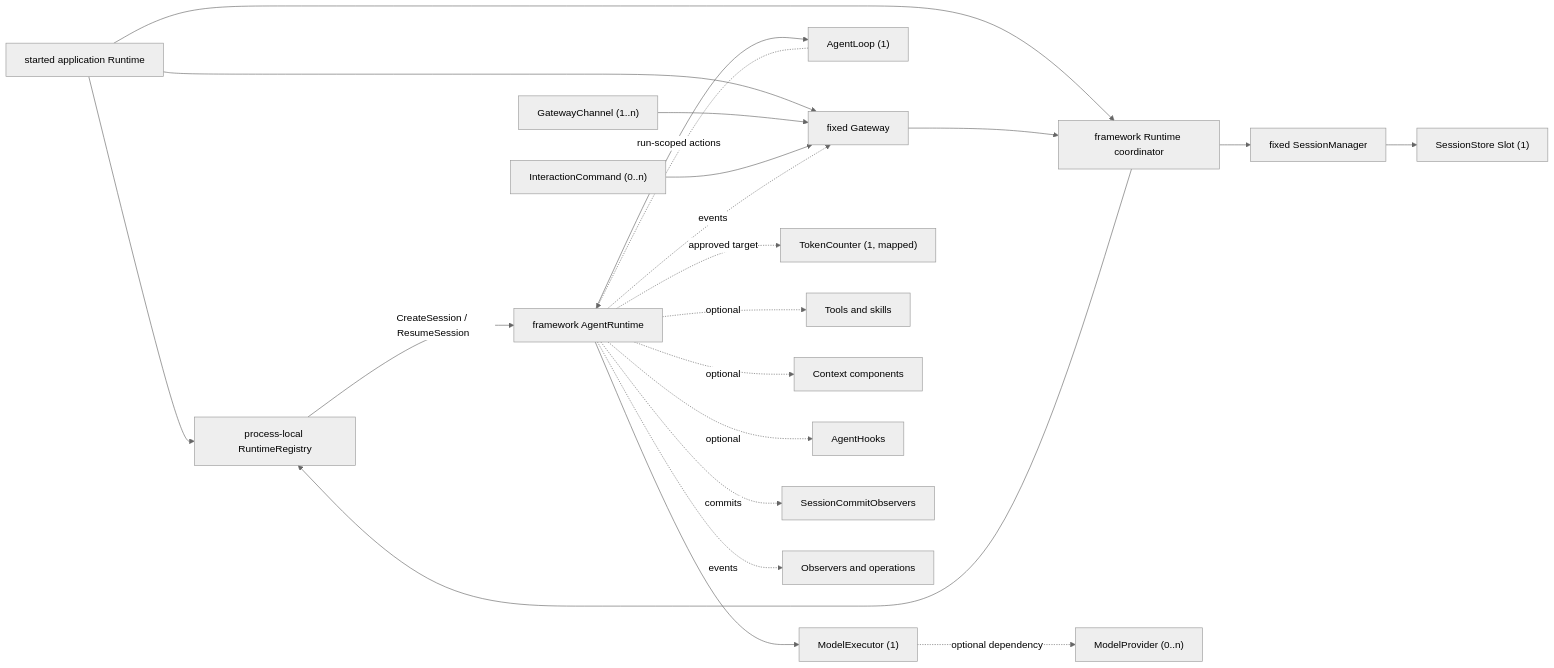
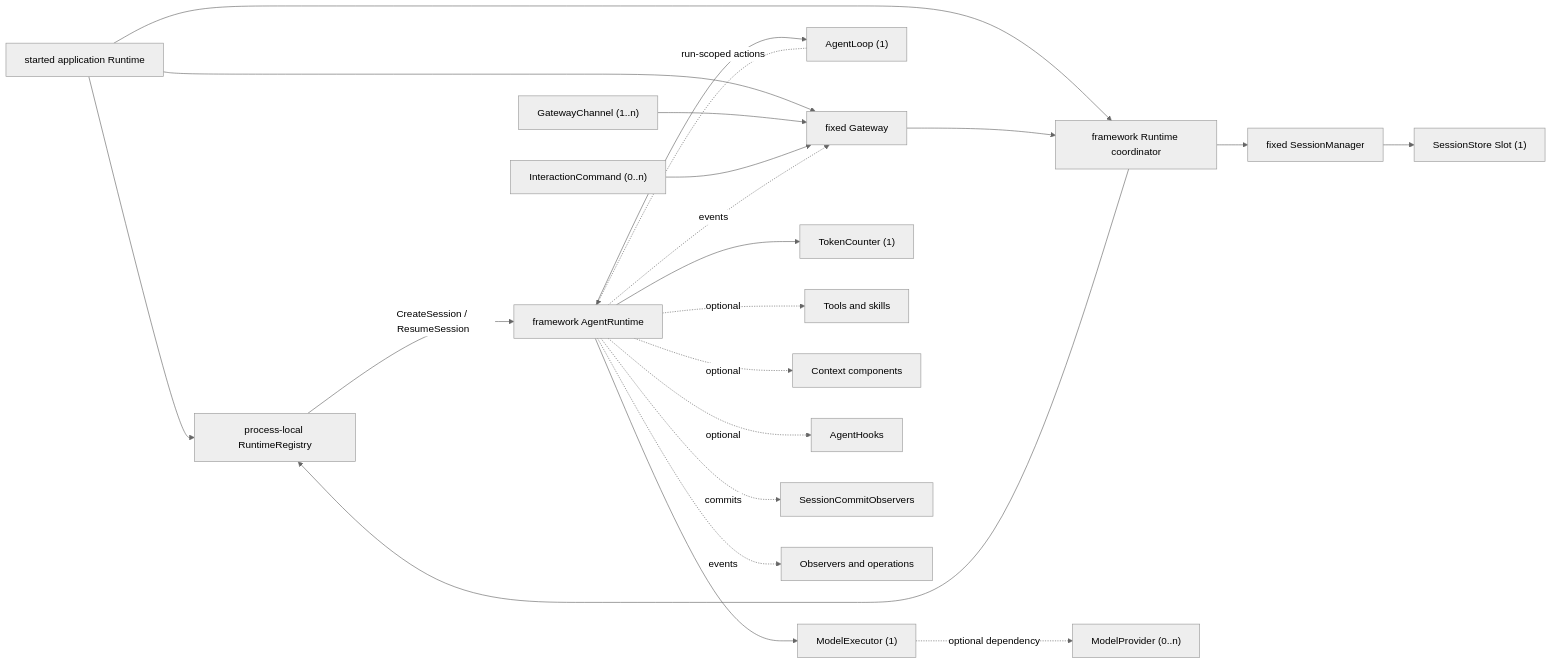
One commit to LyleLiu666/agentSlot changed the diagram in COMPONENT_MAP.md. Above: the diagram before and after it, drawn with Mermaid (neutral theme). The commit also changed other lines of this file and 17 other files, not shown here.

````diff
--- a/COMPONENT_MAP.md
+++ b/COMPONENT_MAP.md
@@ -122,24 +119,24 @@
 ```mermaid
 flowchart LR
     AR["started application Runtime"] --> REG["process-local RuntimeRegistry"]
     AR --> RC["framework Runtime coordinator"]
     AR --> G["fixed Gateway"]
     RC --> REG
     E["GatewayChannel (1..n)"] --> G
     IC["InteractionCommand (0..n)"] --> G
     G --> RC
     RC --> SM["fixed SessionManager"]
     SM --> SS["SessionStore Slot (1)"]
     REG -->|"CreateSession / ResumeSession"| R["framework AgentRuntime"]
     R --> L["AgentLoop (1)"]
     L -. "run-scoped actions" .-> R
     R --> ME["ModelExecutor (1)"]
-    R -. "approved target" .-> TC["TokenCounter (1, mapped)"]
+    R --> TC["TokenCounter (1)"]
     ME -. "optional dependency" .-> MP["ModelProvider (0..n)"]
     R -. "optional" .-> T["Tools and skills"]
     R -. "optional" .-> C["Context components"]
     R -. "optional" .-> H["AgentHooks"]
     R -. "commits" .-> SCO["SessionCommitObservers"]
     R -. "events" .-> G
     R -. "events" .-> O["Observers and operations"]
 ```
````
